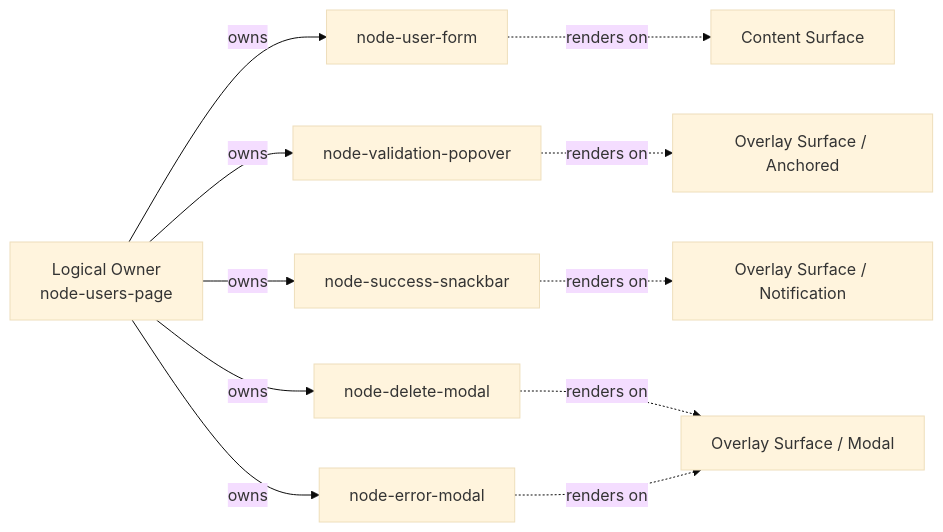
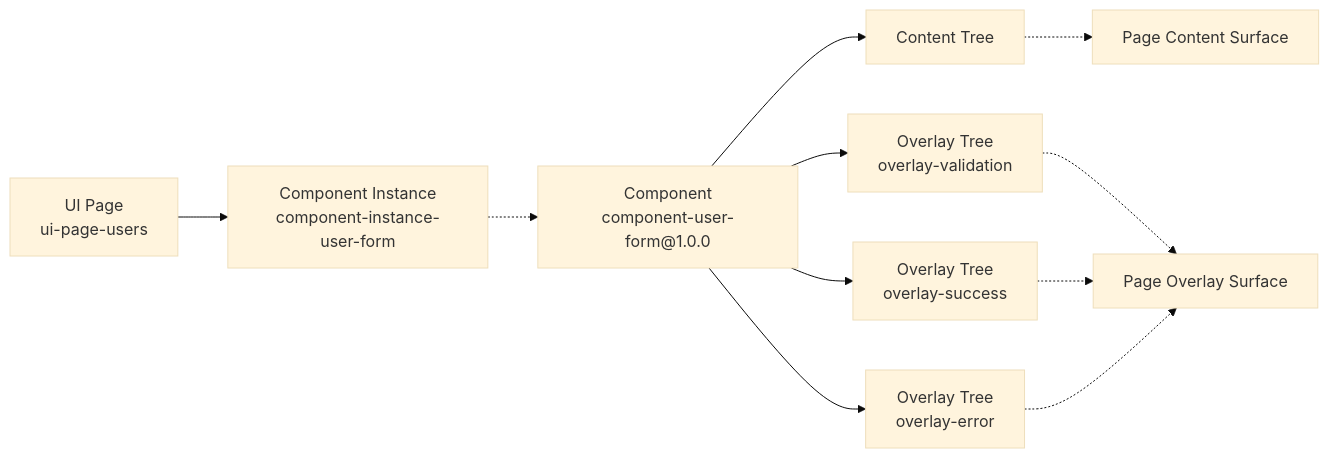
Before and after one commit to northwest-hcu/FlagShip: the first of 6 diagrams in docs/architecture/10-examples-roadmap-and-decisions.md, drawn with Mermaid (base theme). The commit also changed other lines of this file and 11 other files, not shown here.

Commit message:
docs: align architecture with component ownership model

````diff
--- a/docs/architecture/10-examples-roadmap-and-decisions.md
+++ b/docs/architecture/10-examples-roadmap-and-decisions.md
@@ -44,21 +48,23 @@
 ```mermaid
 flowchart LR
-    Page["Logical Owner<br/>node-users-page"]
-    Form["node-user-form"]
-    Popover["node-validation-popover"]
-    Snackbar["node-success-snackbar"]
-    DeleteModal["node-delete-modal"]
-    ErrorModal["node-error-modal"]
+    Page["UI Page<br/>ui-page-users"]
+    Instance["Component Instance<br/>component-instance-user-form"]
+    Component["Component<br/>component-user-form@1.0.0"]
+    Content["Content Tree"]
+    Validation["Overlay Tree<br/>overlay-validation"]
+    Success["Overlay Tree<br/>overlay-success"]
+    Error["Overlay Tree<br/>overlay-error"]
+    PageContent["Page Content Surface"]
+    PageOverlay["Page Overlay Surface"]
 
-    Page -->|"owns"| Form
-    Page -->|"owns"| Popover
-    Page -->|"owns"| Snackbar
-    Page -->|"owns"| DeleteModal
-    Page -->|"owns"| ErrorModal
-
-    Form -.->|"renders on"| Content["Content Surface"]
-    Popover -.->|"renders on"| Anchored["Overlay Surface / Anchored"]
-    Snackbar -.->|"renders on"| Notification["Overlay Surface / Notification"]
-    DeleteModal -.->|"renders on"| Modal["Overlay Surface / Modal"]
-    ErrorModal -.->|"renders on"| Modal
+    Page --> Instance
+    Instance -.-> Component
+    Component --> Content
+    Component --> Validation
+    Component --> Success
+    Component --> Error
+    Content -.-> PageContent
+    Validation -.-> PageOverlay
+    Success -.-> PageOverlay
+    Error -.-> PageOverlay
 ```
````
